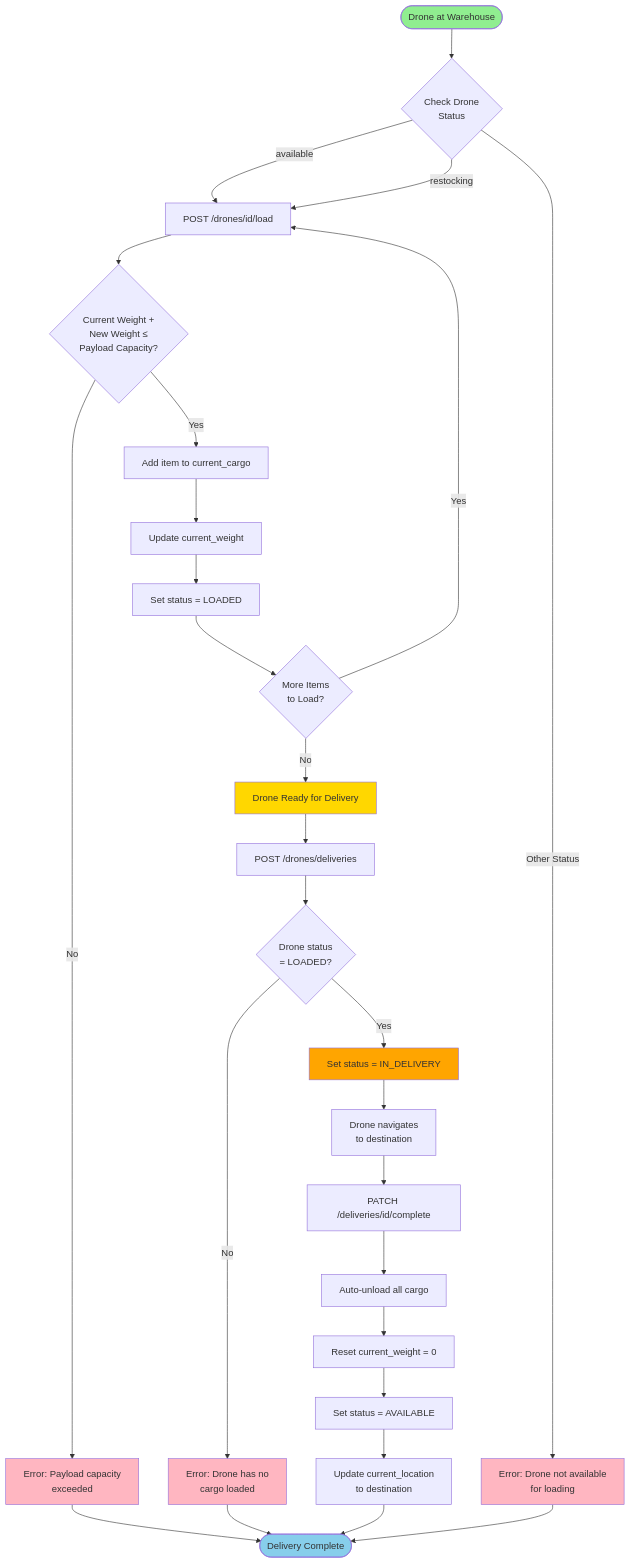
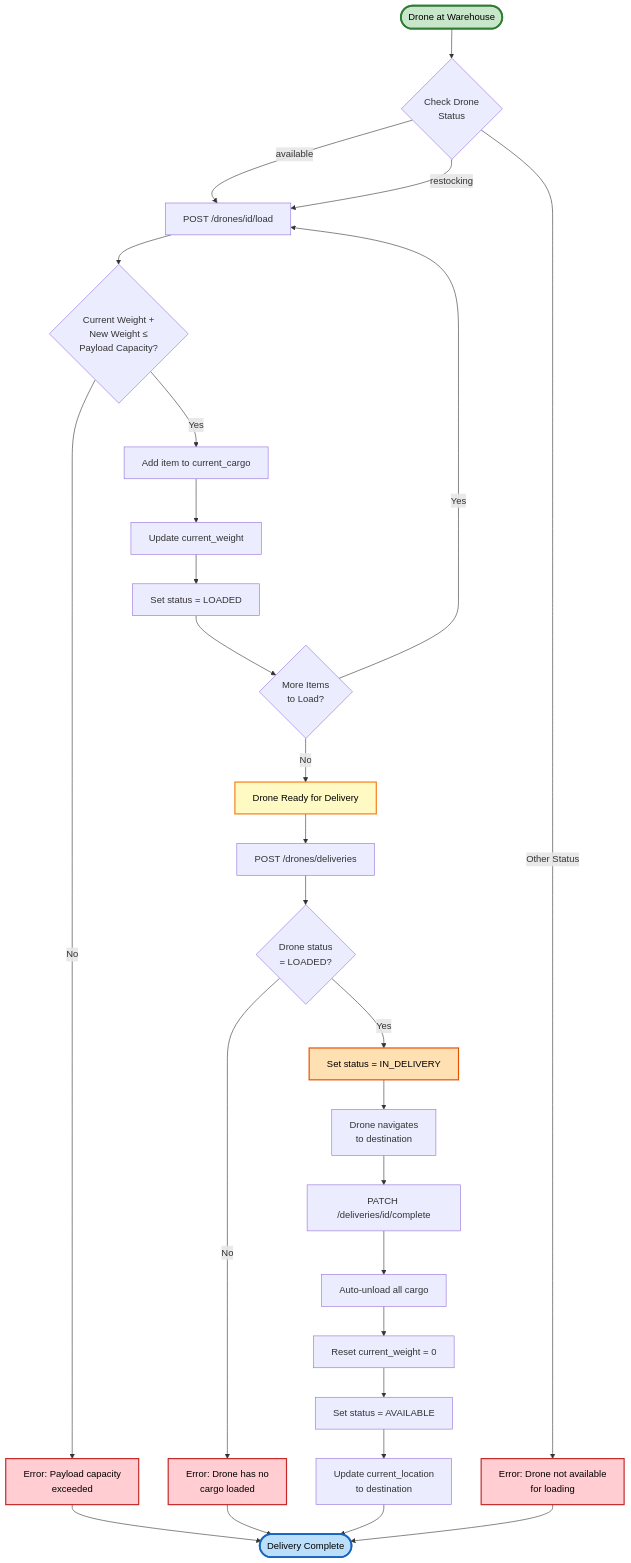
Before and after one commit to Murmellow/drone-delivery-api: the third of 6 diagrams in README.md, drawn with Mermaid. The commit also changed other lines of this file, not shown here.

Commit message:
Docs: Improve diagram color readability
- Updated cargo management flowchart with softer colors and dark borders
- Changed background colors to have better contrast (lighter shades)
- Added explicit stroke colors and black text for all styled nodes
- Updated sequence diagram backgrounds to lighter rgb values
- Green: #c8e6c9 (start), Blue: #bbdefb (end), Red: #ffcdd2 (errors)
- Yellow: #fff9c4 (ready), Orange: #ffe0b2 (in delivery)
All colors now have clear borders and black text for better readability

````diff
--- a/README.md
+++ b/README.md
@@ -167,43 +167,43 @@
 ```mermaid
 flowchart TD
     Start([Drone at Warehouse]) --> CheckStatus{Check Drone<br/>Status}
     CheckStatus -->|available| LoadRequest[POST /drones/id/load]
     CheckStatus -->|restocking| LoadRequest
     CheckStatus -->|Other Status| Error1[Error: Drone not available<br/>for loading]
     
     LoadRequest --> ValidateCapacity{Current Weight +<br/>New Weight ≤<br/>Payload Capacity?}
     ValidateCapacity -->|No| Error2[Error: Payload capacity<br/>exceeded]
     ValidateCapacity -->|Yes| UpdateCargo[Add item to current_cargo]
     
     UpdateCargo --> UpdateWeight[Update current_weight]
     UpdateWeight --> SetLoaded[Set status = LOADED]
     SetLoaded --> CargoReady{More Items<br/>to Load?}
     
     CargoReady -->|Yes| LoadRequest
     CargoReady -->|No| ReadyForDelivery[Drone Ready for Delivery]
     
     ReadyForDelivery --> CreateDelivery[POST /drones/deliveries]
     CreateDelivery --> ValidateLoaded{Drone status<br/>= LOADED?}
     ValidateLoaded -->|No| Error3[Error: Drone has no<br/>cargo loaded]
     ValidateLoaded -->|Yes| SetInDelivery[Set status = IN_DELIVERY]
     
     SetInDelivery --> Navigate[Drone navigates<br/>to destination]
     Navigate --> CompleteDelivery[PATCH /deliveries/id/complete]
     CompleteDelivery --> UnloadCargo[Auto-unload all cargo]
     UnloadCargo --> ResetWeight[Reset current_weight = 0]
     ResetWeight --> SetAvailable[Set status = AVAILABLE]
     SetAvailable --> UpdateLocation[Update current_location<br/>to destination]
     UpdateLocation --> End([Delivery Complete])
     
     Error1 --> End
     Error2 --> End
     Error3 --> End
     
-    style Start fill:#90EE90
-    style End fill:#87CEEB
-    style Error1 fill:#FFB6C1
-    style Error2 fill:#FFB6C1
-    style Error3 fill:#FFB6C1
-    style ReadyForDelivery fill:#FFD700
-    style SetInDelivery fill:#FFA500
+  style Start fill:#c8e6c9,stroke:#2e7d32,stroke-width:3px,color:#000
+  style End fill:#bbdefb,stroke:#1565c0,stroke-width:3px,color:#000
+  style Error1 fill:#ffcdd2,stroke:#c62828,stroke-width:2px,color:#000
+  style Error2 fill:#ffcdd2,stroke:#c62828,stroke-width:2px,color:#000
+  style Error3 fill:#ffcdd2,stroke:#c62828,stroke-width:2px,color:#000
+  style ReadyForDelivery fill:#fff9c4,stroke:#f57f17,stroke-width:2px,color:#000
+  style SetInDelivery fill:#ffe0b2,stroke:#e65100,stroke-width:2px,color:#000
 ```
````
